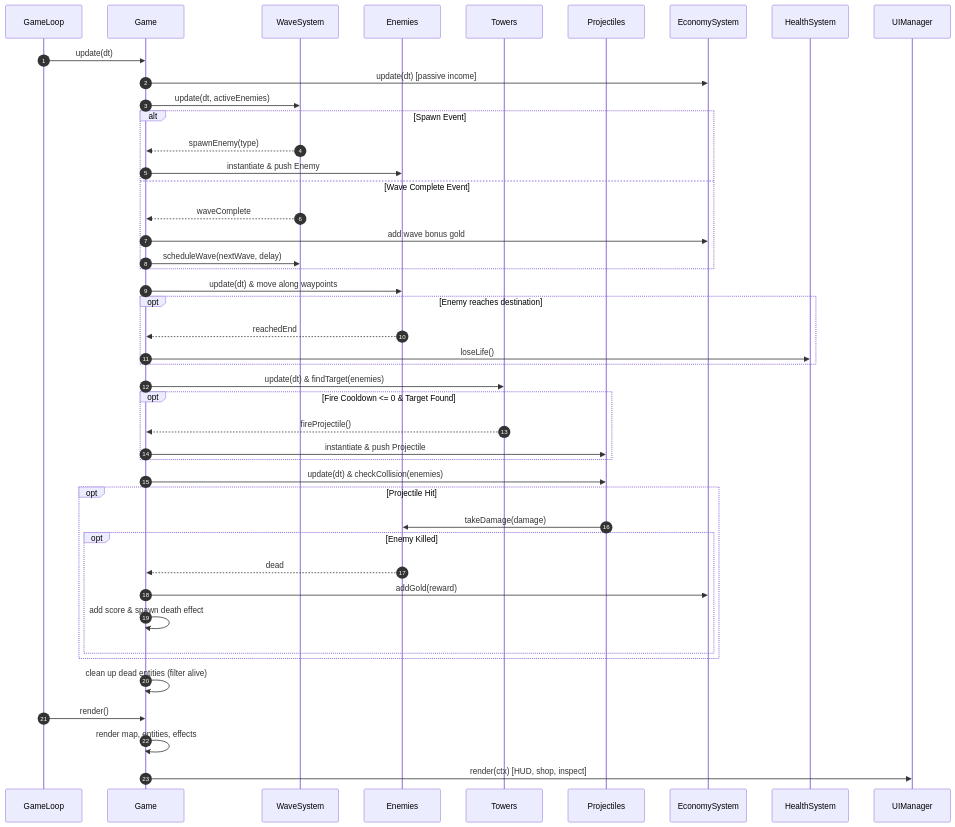
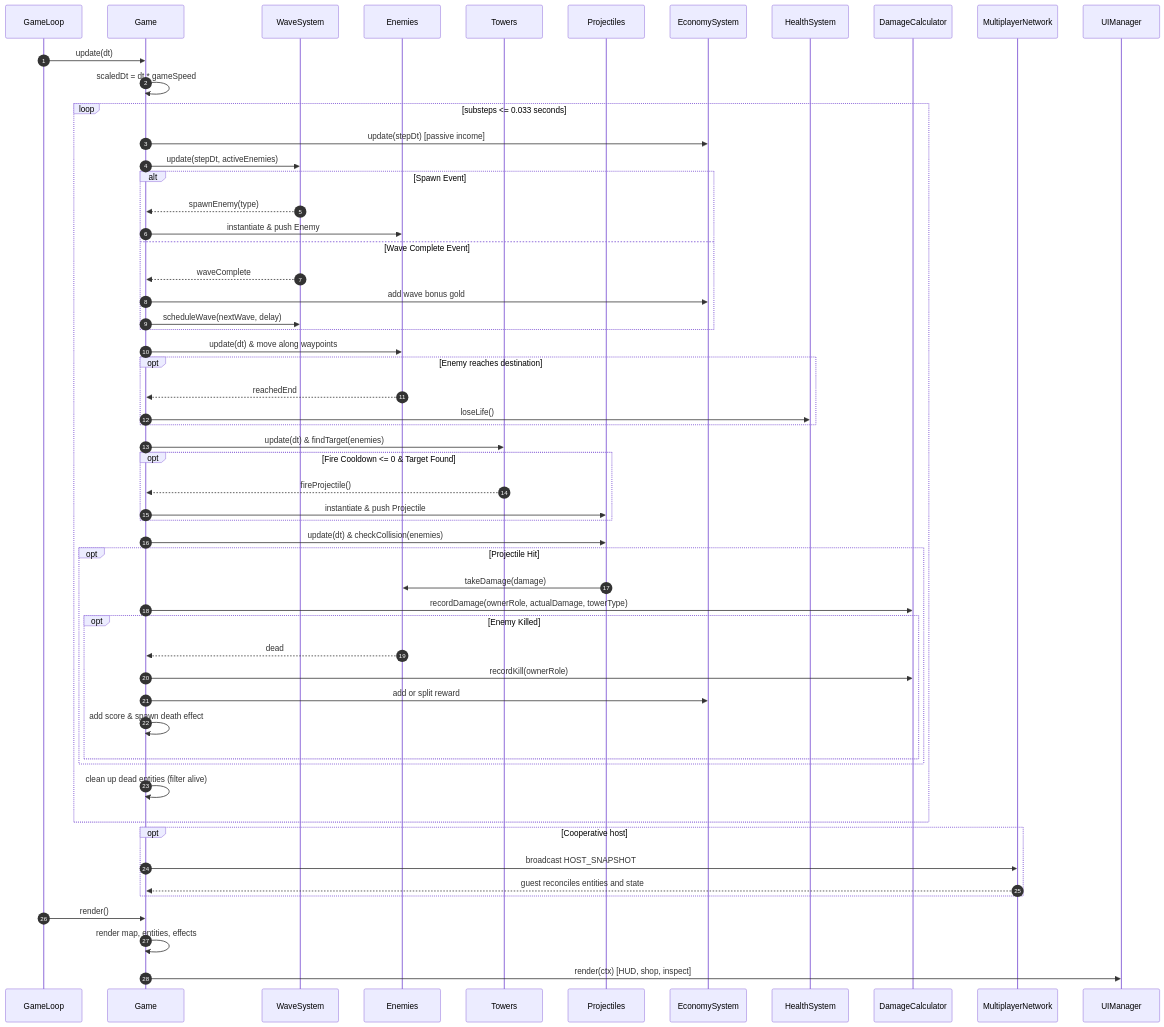
The fourth of 5 diagrams in docs/architecture.md (Bigshooter/ai-towerdefence), drawn with Mermaid before and after one commit. The commit also changed other lines of this file, not shown here.

````diff
--- a/docs/architecture.md
+++ b/docs/architecture.md
@@ -271,52 +308,63 @@
 ```mermaid
 sequenceDiagram
     autonumber
     participant GL as GameLoop
     participant G as Game
     participant WS as WaveSystem
     participant E as Enemies
     participant T as Towers
     participant P as Projectiles
     participant ES as EconomySystem
     participant HS as HealthSystem
+    participant DC as DamageCalculator
+    participant MN as MultiplayerNetwork
     participant UI as UIManager
 
     GL->>G: update(dt)
-    G->>ES: update(dt) [passive income]
-    G->>WS: update(dt, activeEnemies)
+    G->>G: scaledDt = dt * gameSpeed
+    loop substeps <= 0.033 seconds
+    G->>ES: update(stepDt) [passive income]
+    G->>WS: update(stepDt, activeEnemies)
     alt Spawn Event
         WS-->>G: spawnEnemy(type)
         G->>E: instantiate & push Enemy
     else Wave Complete Event
         WS-->>G: waveComplete
         G->>ES: add wave bonus gold
         G->>WS: scheduleWave(nextWave, delay)
     end
 
     G->>E: update(dt) & move along waypoints
     opt Enemy reaches destination
         E-->>G: reachedEnd
         G->>HS: loseLife()
     end
 
     G->>T: update(dt) & findTarget(enemies)
     opt Fire Cooldown <= 0 & Target Found
         T-->>G: fireProjectile()
         G->>P: instantiate & push Projectile
     end
 
     G->>P: update(dt) & checkCollision(enemies)
     opt Projectile Hit
         P->>E: takeDamage(damage)
+        G->>DC: recordDamage(ownerRole, actualDamage, towerType)
         opt Enemy Killed
             E-->>G: dead
-            G->>ES: addGold(reward)
+          G->>DC: recordKill(ownerRole)
+          G->>ES: add or split reward
             G->>G: add score & spawn death effect
         end
     end
 
     G->>G: clean up dead entities (filter alive)
+    end
+    opt Cooperative host
+      G->>MN: broadcast HOST_SNAPSHOT
+      MN-->>G: guest reconciles entities and state
+    end
     GL->>G: render()
     G->>G: render map, entities, effects
     G->>UI: render(ctx) [HUD, shop, inspect]
 ```
````
